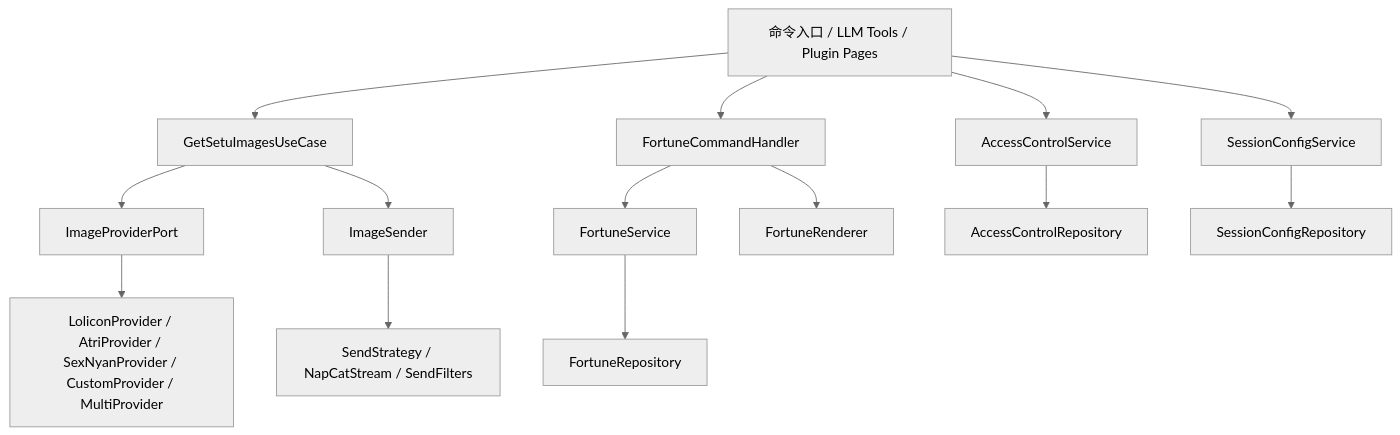
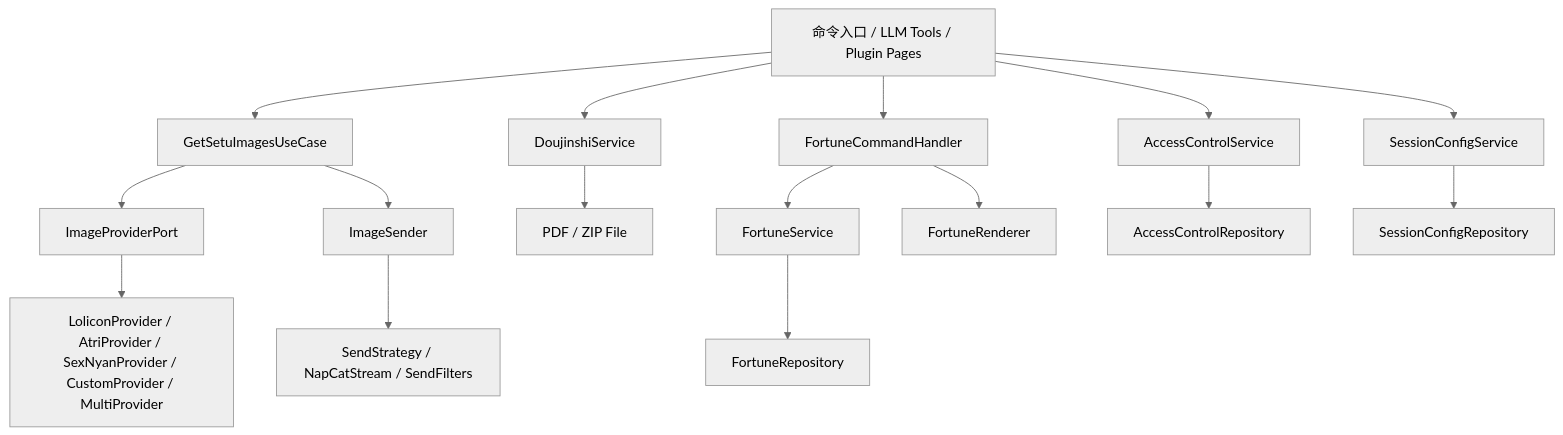
The diagram in docs/project/architecture.md (FlanChanXwO/astrbot_plugin_setu), drawn with Mermaid (neutral theme) before and after one commit. The commit also changed other lines of this file and 36 other files, not shown here.

First line of the commit message:
feat: add doujinshi PDF/ZIP delivery and recoverable revocation (v2.2.0) (#33)

````diff
--- a/docs/project/architecture.md
+++ b/docs/project/architecture.md
@@ -68,20 +80,22 @@
 ```mermaid
 flowchart TD
   A["命令入口 / LLM Tools / Plugin Pages"] --> B["GetSetuImagesUseCase"]
   A --> C["FortuneCommandHandler"]
   A --> D["AccessControlService"]
   A --> E["SessionConfigService"]
+  A --> O["DoujinshiService"]
 
   B --> F["ImageProviderPort"]
   F --> G["LoliconProvider / AtriProvider / SexNyanProvider / CustomProvider / MultiProvider"]
   B --> H["ImageSender"]
   H --> I["SendStrategy / NapCatStream / SendFilters"]
+  O --> P["PDF / ZIP File"]
 
   C --> J["FortuneService"]
   J --> K["FortuneRepository"]
   C --> L["FortuneRenderer"]
 
   D --> M["AccessControlRepository"]
 
   E --> N["SessionConfigRepository"]
 ```
````
